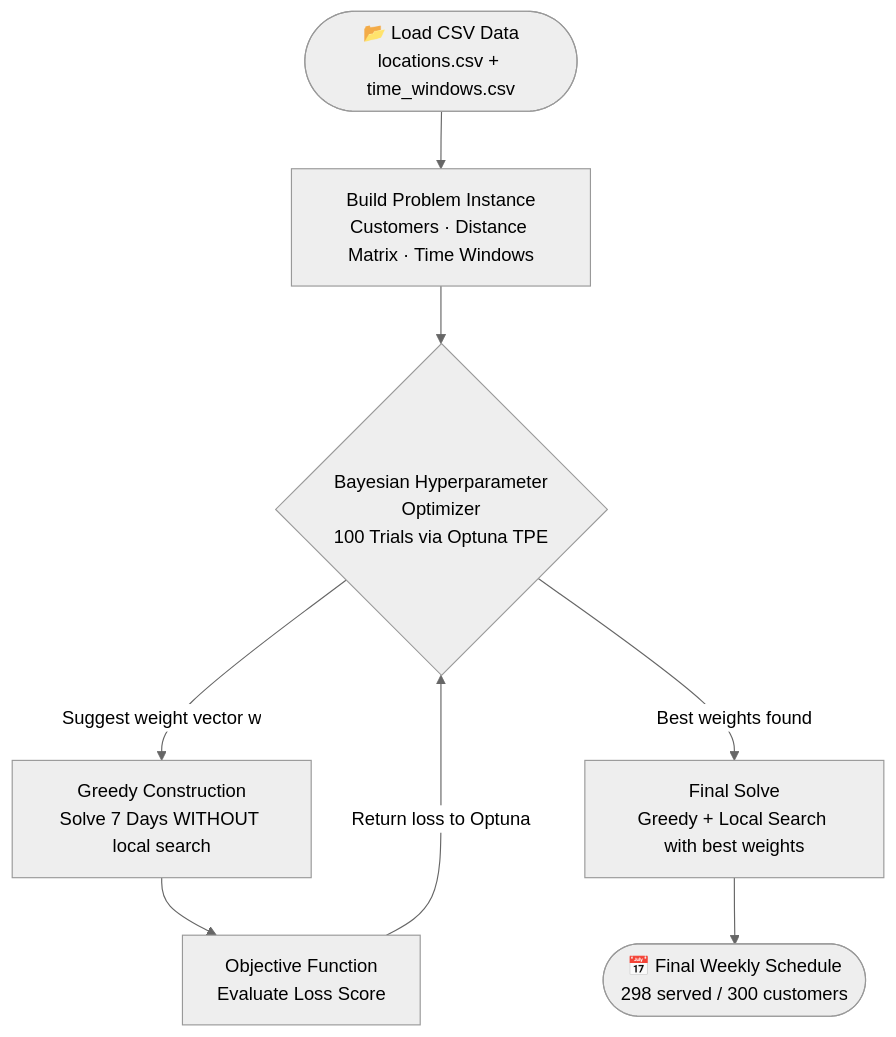
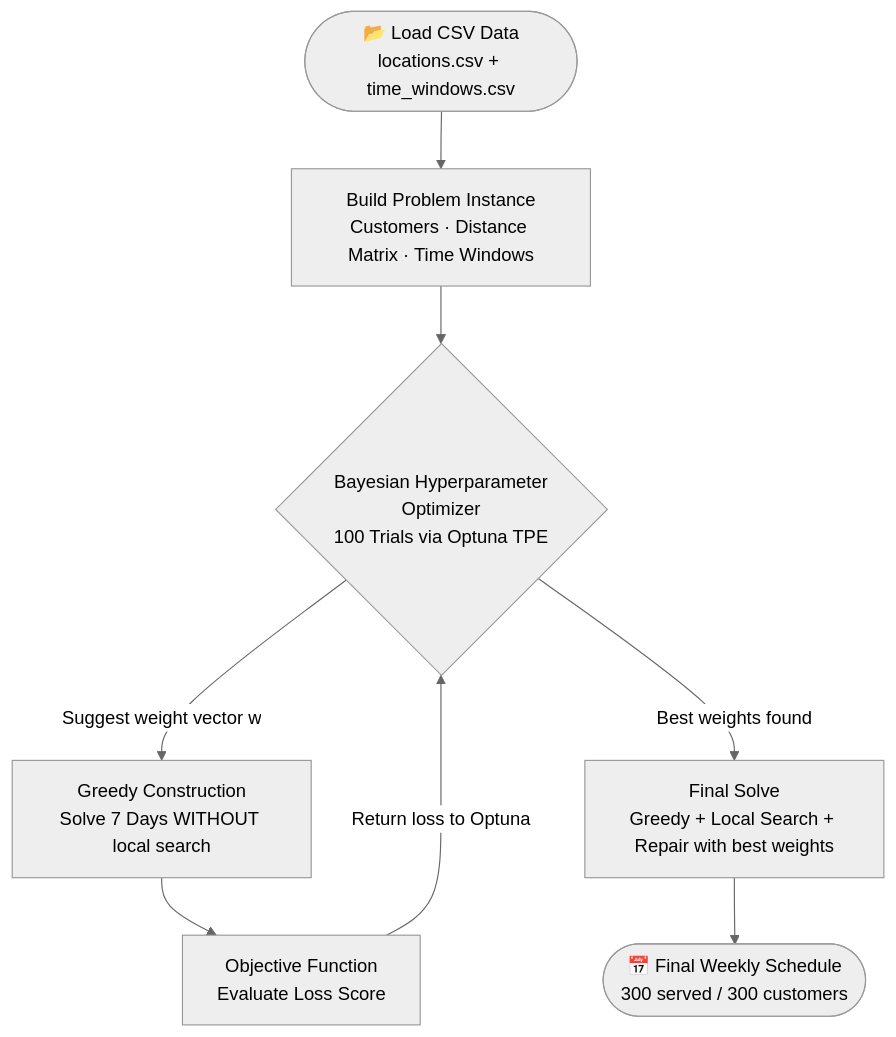
The first of 7 diagrams in Overview/algorithm_flow.md (tranthihaivan-hava/Smart-traffic), drawn with Mermaid (neutral theme) before and after one commit. The commit also changed other lines of this file and 33 other files, not shown here.

````diff
--- a/Overview/algorithm_flow.md
+++ b/Overview/algorithm_flow.md
@@ -10,10 +10,10 @@
 ```mermaid
 flowchart TD
     A([📂 Load CSV Data\nlocations.csv + time_windows.csv]) --> B[Build Problem Instance\nCustomers · Distance Matrix · Time Windows]
     B --> C{Bayesian Hyperparameter\nOptimizer\n100 Trials via Optuna TPE}
     C -->|Suggest weight vector w| D[Greedy Construction\nSolve 7 Days WITHOUT local search]
     D --> E[Objective Function\nEvaluate Loss Score]
     E -->|Return loss to Optuna| C
-    C -->|Best weights found| F[Final Solve\nGreedy + Local Search with best weights]
-    F --> G([📅 Final Weekly Schedule\n298 served / 300 customers])
+    C -->|Best weights found| F[Final Solve\nGreedy + Local Search + Repair with best weights]
+    F --> G([📅 Final Weekly Schedule\n300 served / 300 customers])
 ```
````
